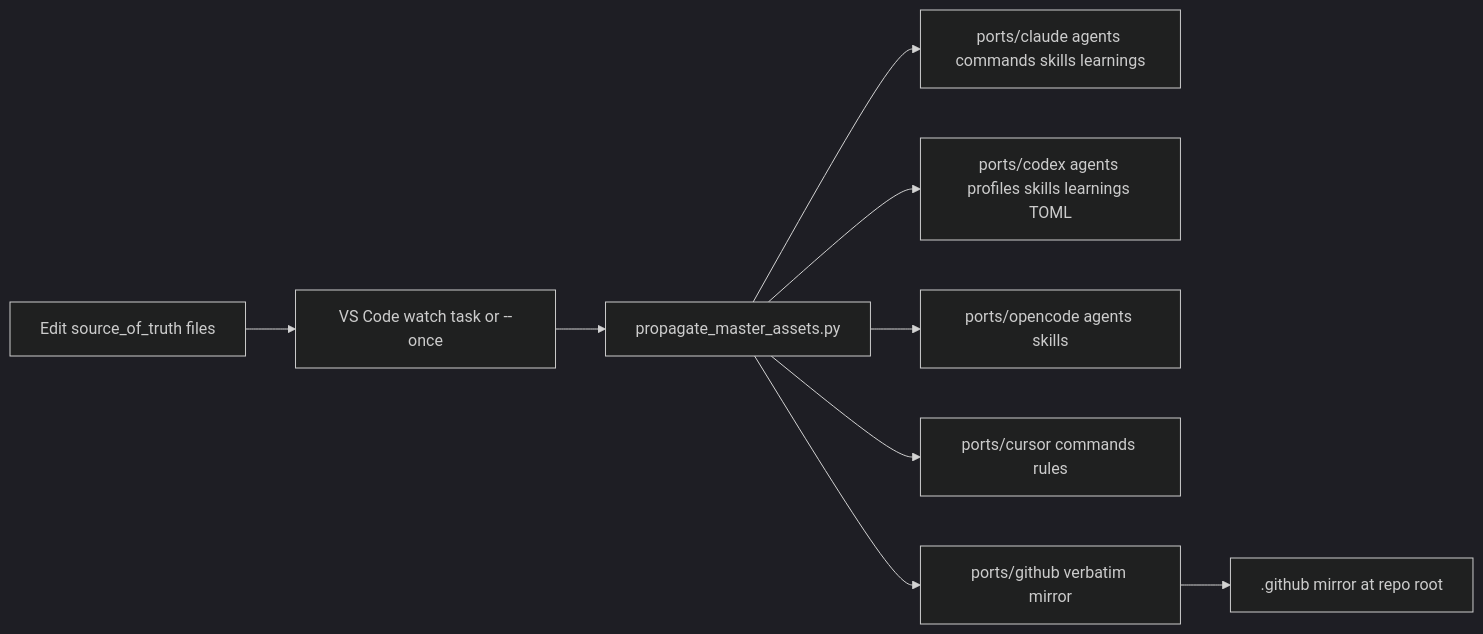
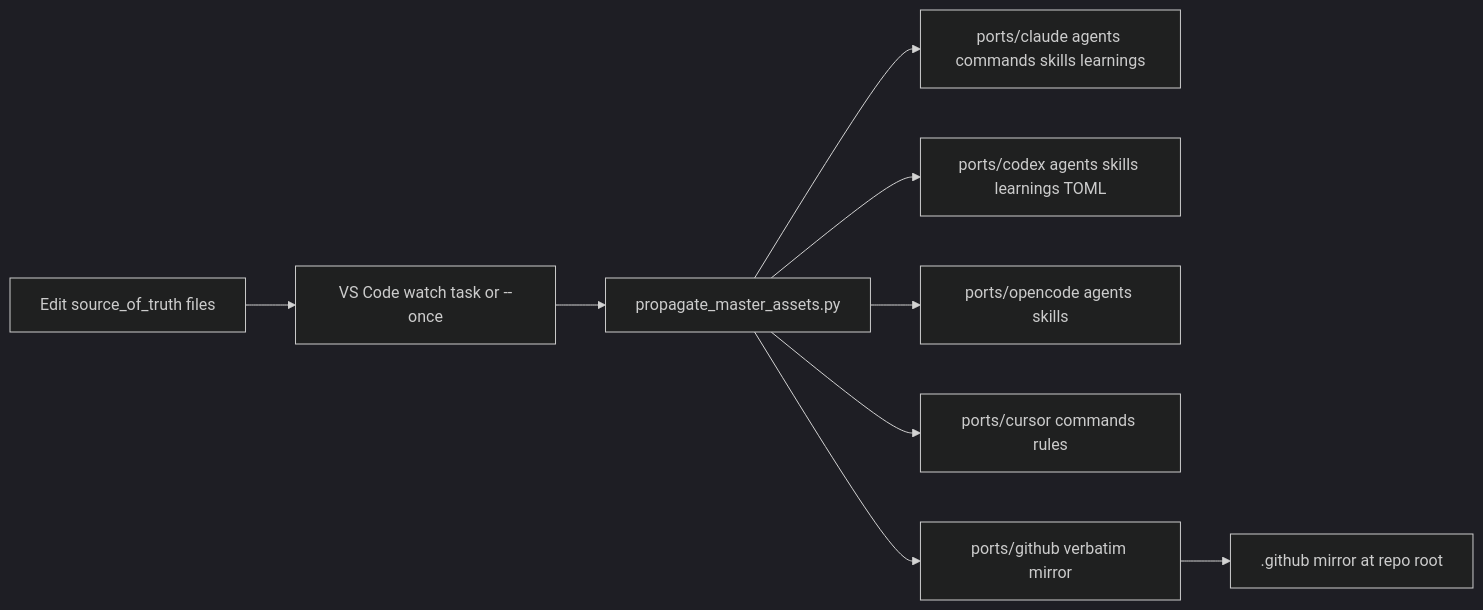
Before and after one commit to threnjen/thren-agentic-workflows: the second of 4 diagrams in docs/ARCHITECTURE.md, drawn with Mermaid (dark theme). The commit also changed 46 other files, not shown here.

````diff
--- a/docs/ARCHITECTURE.md
+++ b/docs/ARCHITECTURE.md
@@ -55,11 +55,11 @@
 ```mermaid
 flowchart LR
     Author[Edit source_of_truth files] --> Watcher[VS Code watch task or --once]
     Watcher --> Script[propagate_master_assets.py]
     Script --> ClaudeOut[ports/claude agents commands skills learnings]
-    Script --> CodexOut[ports/codex agents profiles skills learnings TOML]
+    Script --> CodexOut[ports/codex agents skills learnings TOML]
     Script --> OpenCodeOut[ports/opencode agents skills]
     Script --> CursorOut[ports/cursor commands rules]
     Script --> GithubPort[ports/github verbatim mirror]
     GithubPort --> DotGithub[.github mirror at repo root]
 ```
````
